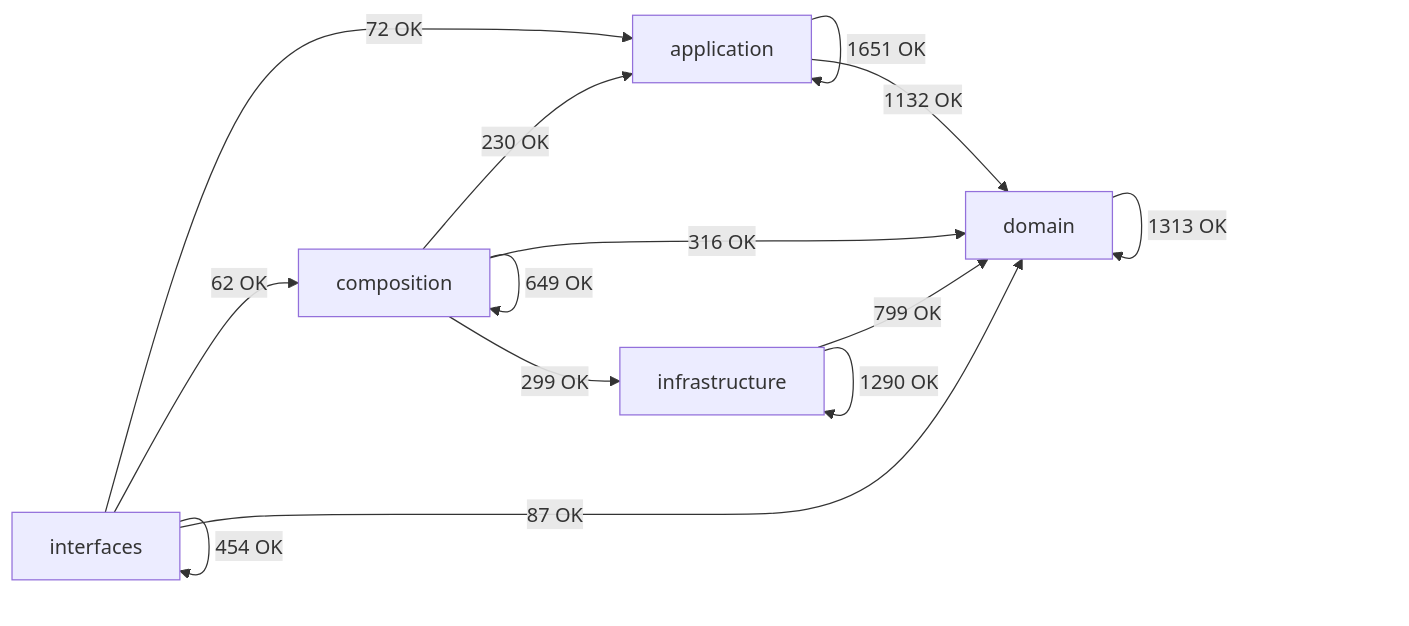
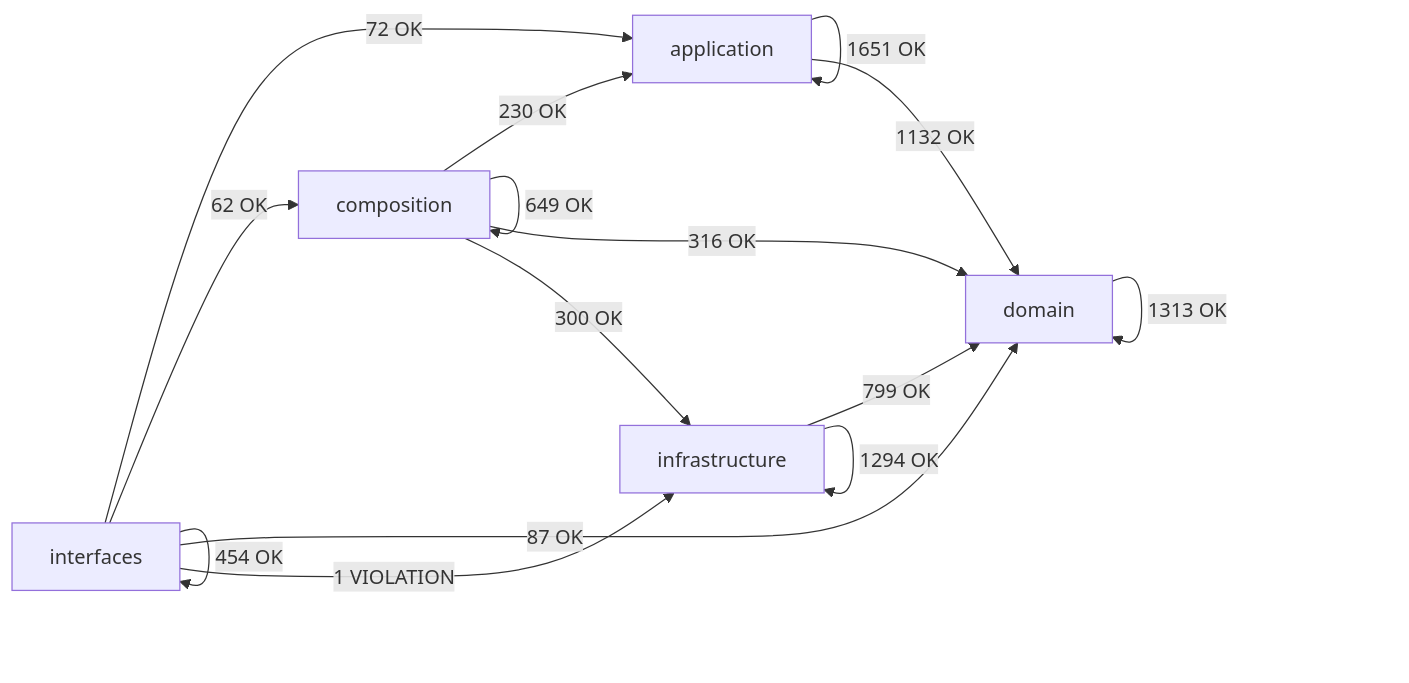
Before and after one commit to SatoryKono/BioactivityDataAcquisition: the diagram in docs/02-architecture/generated/module-dependency-map.md, drawn with Mermaid. The commit also changed other lines of this file and 4 other files, not shown here.

````diff
--- a/docs/02-architecture/generated/module-dependency-map.md
+++ b/docs/02-architecture/generated/module-dependency-map.md
@@ -17,21 +17,22 @@
 ```mermaid
 flowchart LR
     domain[domain]
     application[application]
     infrastructure[infrastructure]
     composition[composition]
     interfaces[interfaces]
     application -->|1651 OK| application
     application -->|1132 OK| domain
     composition -->|230 OK| application
     composition -->|649 OK| composition
     composition -->|316 OK| domain
-    composition -->|299 OK| infrastructure
+    composition -->|300 OK| infrastructure
     domain -->|1313 OK| domain
     infrastructure -->|799 OK| domain
-    infrastructure -->|1290 OK| infrastructure
+    infrastructure -->|1294 OK| infrastructure
     interfaces -->|72 OK| application
     interfaces -->|62 OK| composition
     interfaces -->|87 OK| domain
+    interfaces -->|1 VIOLATION| infrastructure
     interfaces -->|454 OK| interfaces
 ```
````
